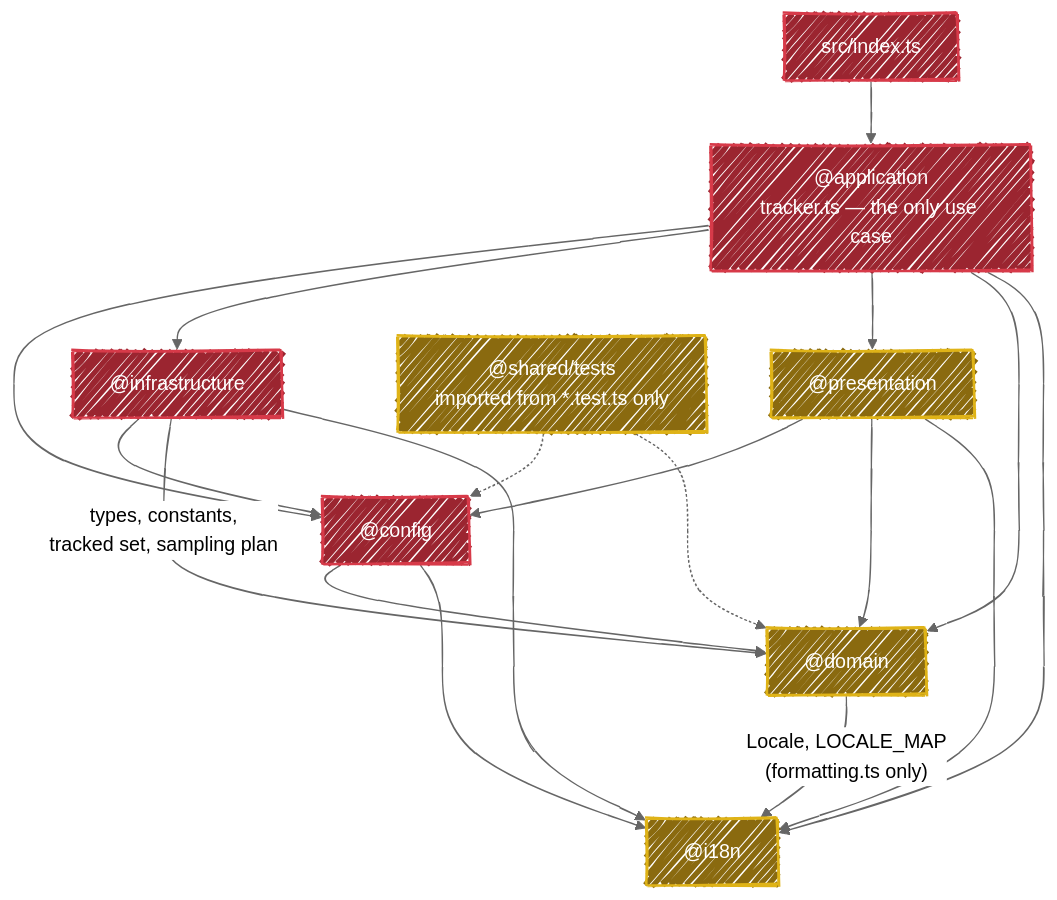
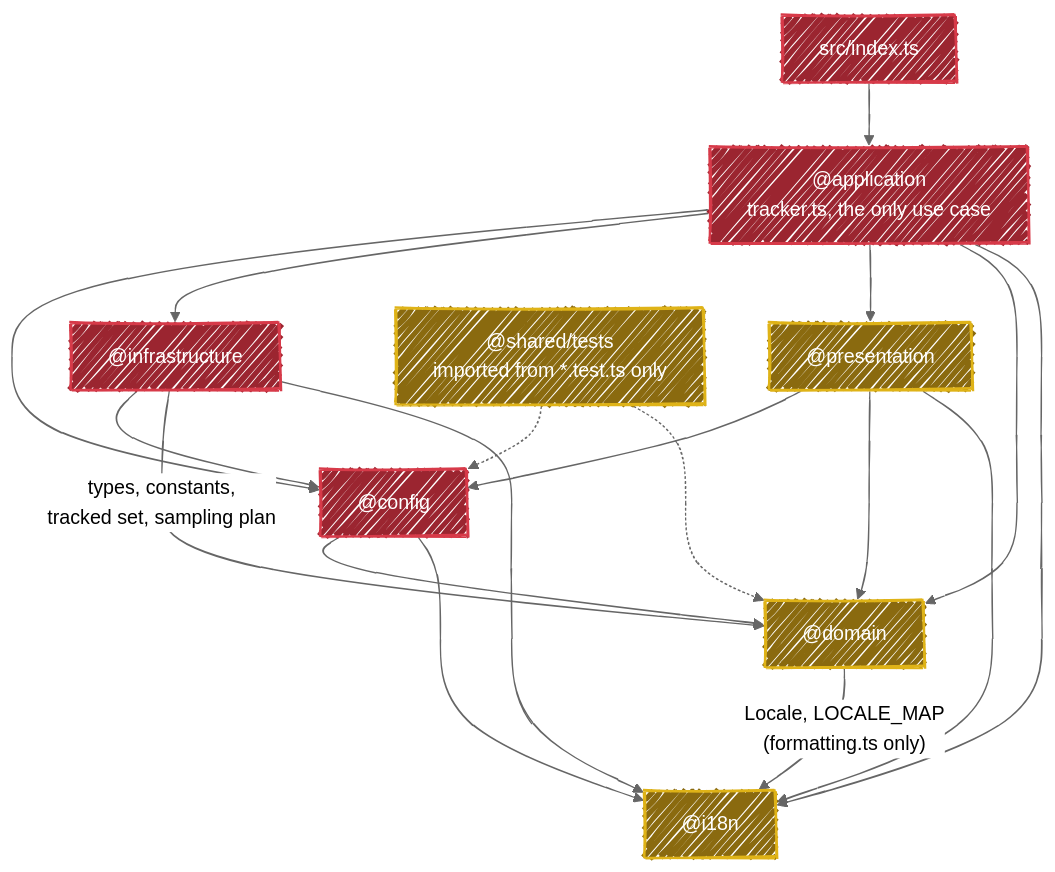
One commit to fbuireu/github-star-tracker changed the diagram in ARCHITECTURE.md. Above: the diagram before and after it, drawn with Mermaid. The commit also changed other lines of this file and 54 other files, not shown here.

````diff
--- a/ARCHITECTURE.md
+++ b/ARCHITECTURE.md
@@ -15,33 +15,33 @@
 ```mermaid
 ---
 config:
   look: handDrawn
   theme: neutral
 ---
 flowchart TD
-    idx["src/index.ts"] --> app["@application<br/>tracker.ts — the only use case"]
+    idx["src/index.ts"] --> app["@application<br/>tracker.ts, the only use case"]
 
     app --> cfg["@config"]
     app --> infra["@infrastructure"]
     app --> pres["@presentation"]
     app --> dom["@domain"]
     app --> i18n["@i18n"]
 
     cfg --> dom
     cfg --> i18n
     pres --> cfg
     pres --> dom
     pres --> i18n
     infra --> cfg
     infra -->|types, constants,<br/>tracked set, sampling plan| dom
     infra --> i18n
     dom -->|"Locale, LOCALE_MAP<br/>(formatting.ts only)"| i18n
 
     test["@shared/tests<br/>imported from *.test.ts only"] -.-> cfg
     test -.-> dom
 
     classDef pure fill:#8a6a0f,stroke:#dfb317,stroke-width:2px,color:#fff
     classDef shell fill:#9b2530,stroke:#d73a49,stroke-width:2px,color:#fff
     class dom,pres,i18n,test pure
     class idx,app,cfg,infra shell
 ```
````
